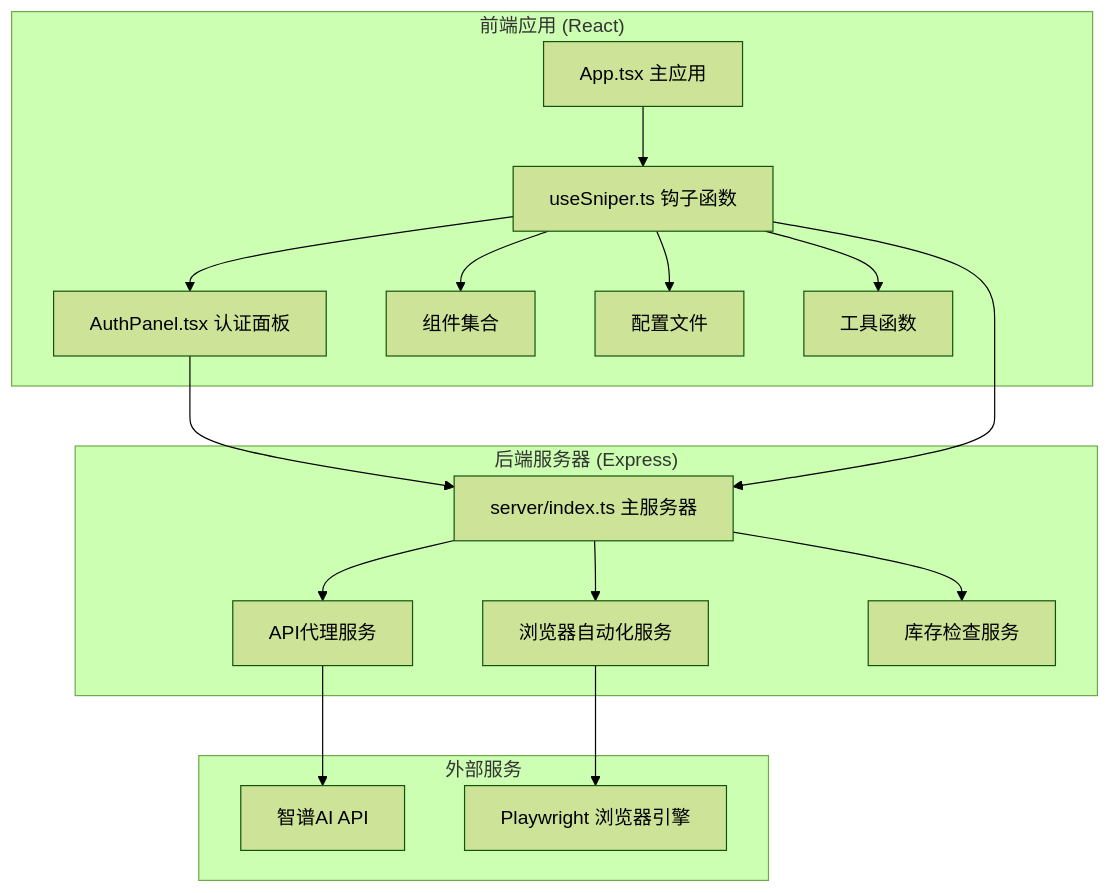
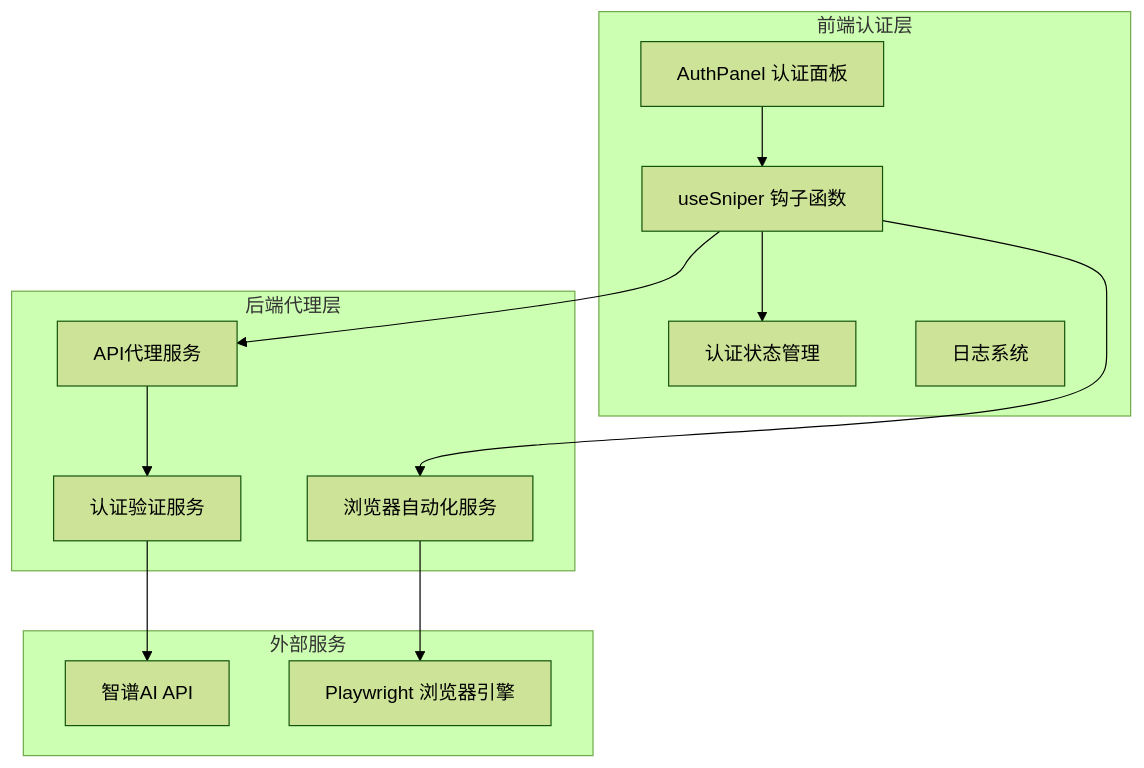
The first of 8 diagrams in .qoder/repowiki/zh/content/项目概述/核心功能特性/用户认证管理.md (16499259-oss/GLM-sniper), drawn with Mermaid (forest theme) before and after one commit. The commit also changed other lines of this file and 9 other files, not shown here.

````diff
--- a/.qoder/repowiki/zh/content/项目概述/核心功能特性/用户认证管理.md
+++ b/.qoder/repowiki/zh/content/项目概述/核心功能特性/用户认证管理.md
@@ -33,33 +43,25 @@
 ```mermaid
 graph TB
-subgraph "前端应用 (React)"
-A[App.tsx 主应用]
-B[useSniper.ts 钩子函数]
-C[AuthPanel.tsx 认证面板]
-D[组件集合]
-E[配置文件]
-F[工具函数]
+subgraph "前端认证层"
+A[AuthPanel 认证面板]
+B[useSniper 钩子函数]
+C[认证状态管理]
+D[日志系统]
 end
-subgraph "后端服务器 (Express)"
-G[server/index.ts 主服务器]
-H[API代理服务]
-I[浏览器自动化服务]
-J[库存检查服务]
+subgraph "后端代理层"
+E[API代理服务]
+F[浏览器自动化服务]
+G[认证验证服务]
 end
 subgraph "外部服务"
-K[智谱AI API]
-L[Playwright 浏览器引擎]
+H[智谱AI API]
+I[Playwright 浏览器引擎]
 end
 A --> B
 B --> C
-B --> D
 B --> E
 B --> F
-C --> G
-B --> G
+E --> G
 G --> H
-G --> I
-G --> J
-H --> K
-I --> L
+F --> I
 ```
````
